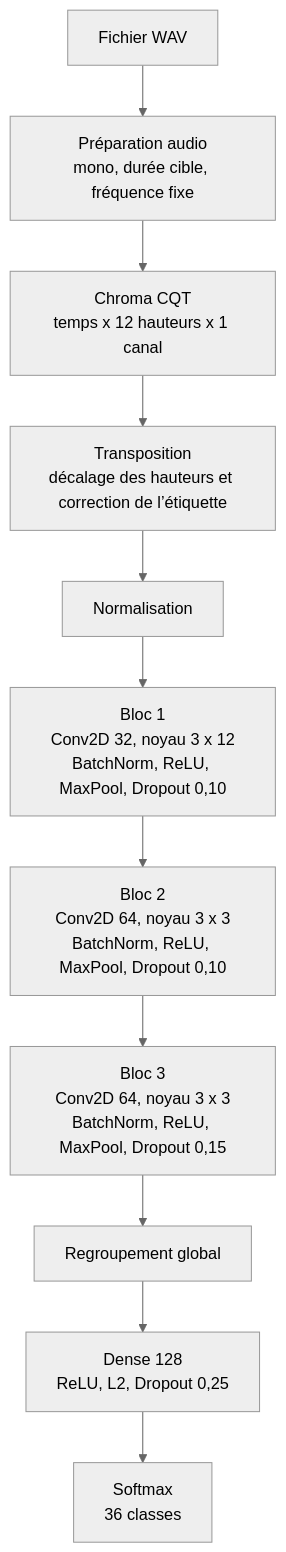
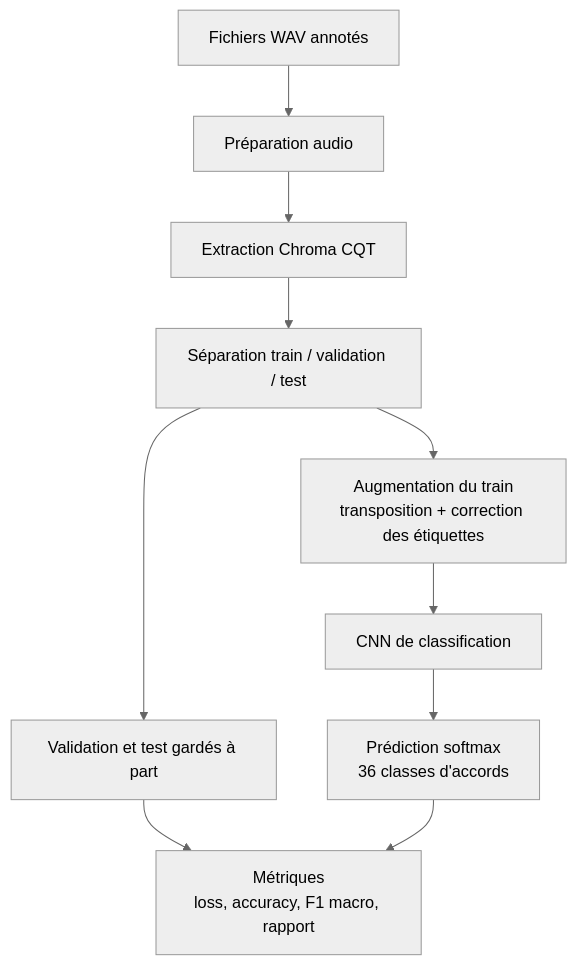
The third of 3 diagrams in README.md (dev-gasy/musica), drawn with Mermaid (neutral theme) before and after one commit. The commit also changed other lines of this file and 1 other file, not shown here.

````diff
--- a/README.md
+++ b/README.md
@@ -215,15 +355,12 @@
 ```mermaid
 flowchart TD
-    A["Fichier WAV"] --> B["Préparation audio<br/>mono, durée cible, fréquence fixe"]
-    B --> C["Chroma CQT<br/>temps x 12 hauteurs x 1 canal"]
-    C --> D["Transposition<br/>décalage des hauteurs et correction de l’étiquette"]
-    D --> E["Normalisation"]
-
-    E --> F["Bloc 1<br/>Conv2D 32, noyau 3 x 12<br/>BatchNorm, ReLU, MaxPool, Dropout 0,10"]
-    F --> G["Bloc 2<br/>Conv2D 64, noyau 3 x 3<br/>BatchNorm, ReLU, MaxPool, Dropout 0,10"]
-    G --> H["Bloc 3<br/>Conv2D 64, noyau 3 x 3<br/>BatchNorm, ReLU, MaxPool, Dropout 0,15"]
-
-    H --> I["Regroupement global"]
-    I --> J["Dense 128<br/>ReLU, L2, Dropout 0,25"]
-    J --> K["Softmax<br/>36 classes"]
+    A["Fichiers WAV annotés"] --> B["Préparation audio"]
+    B --> C["Extraction Chroma CQT"]
+    C --> D["Séparation train / validation / test"]
+    D --> E["Augmentation du train<br/>transposition + correction des étiquettes"]
+    E --> F["CNN de classification"]
+    D --> G["Validation et test gardés à part"]
+    F --> H["Prédiction softmax<br/>36 classes d'accords"]
+    G --> I["Métriques<br/>loss, accuracy, F1 macro, rapport"]
+    H --> I
 ```
````
